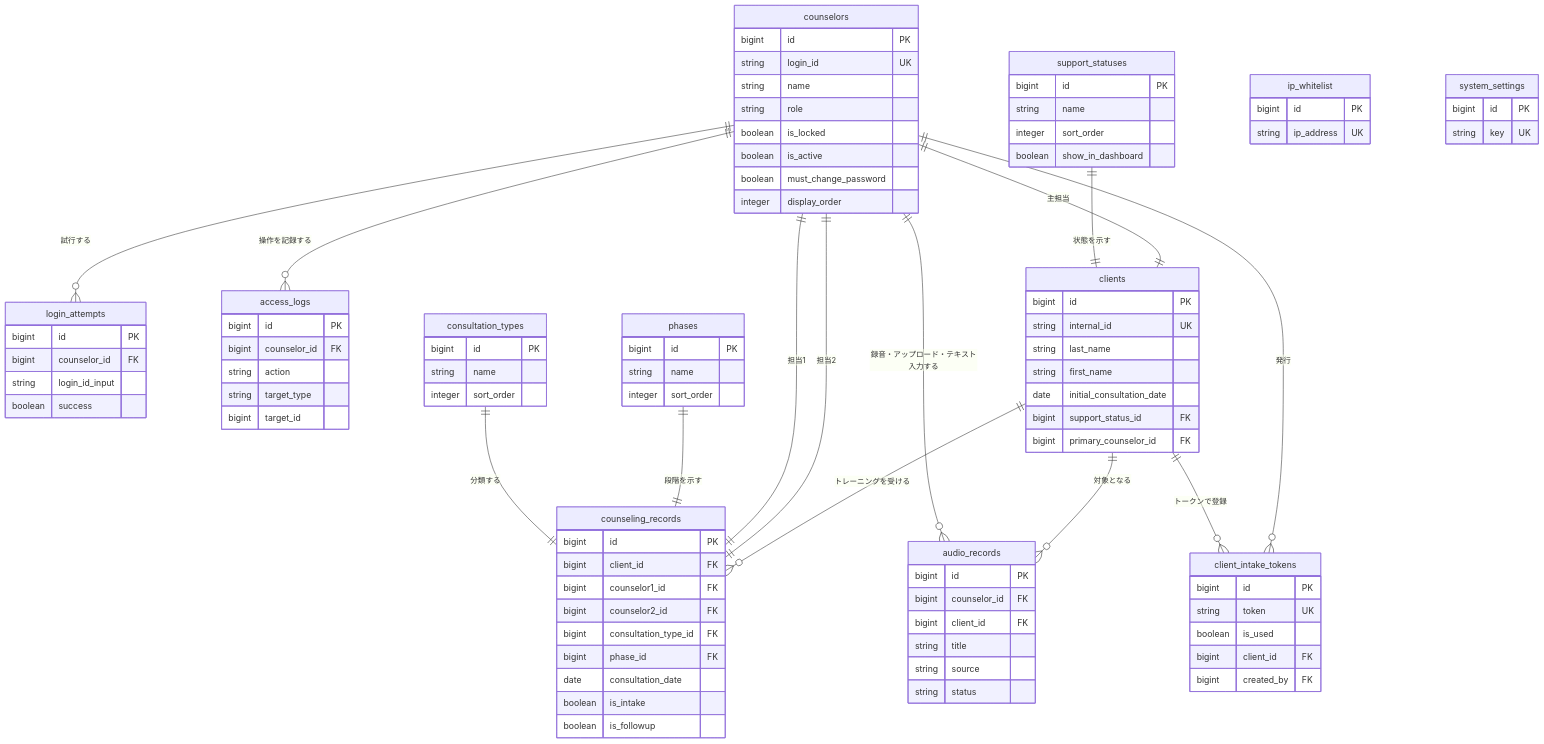
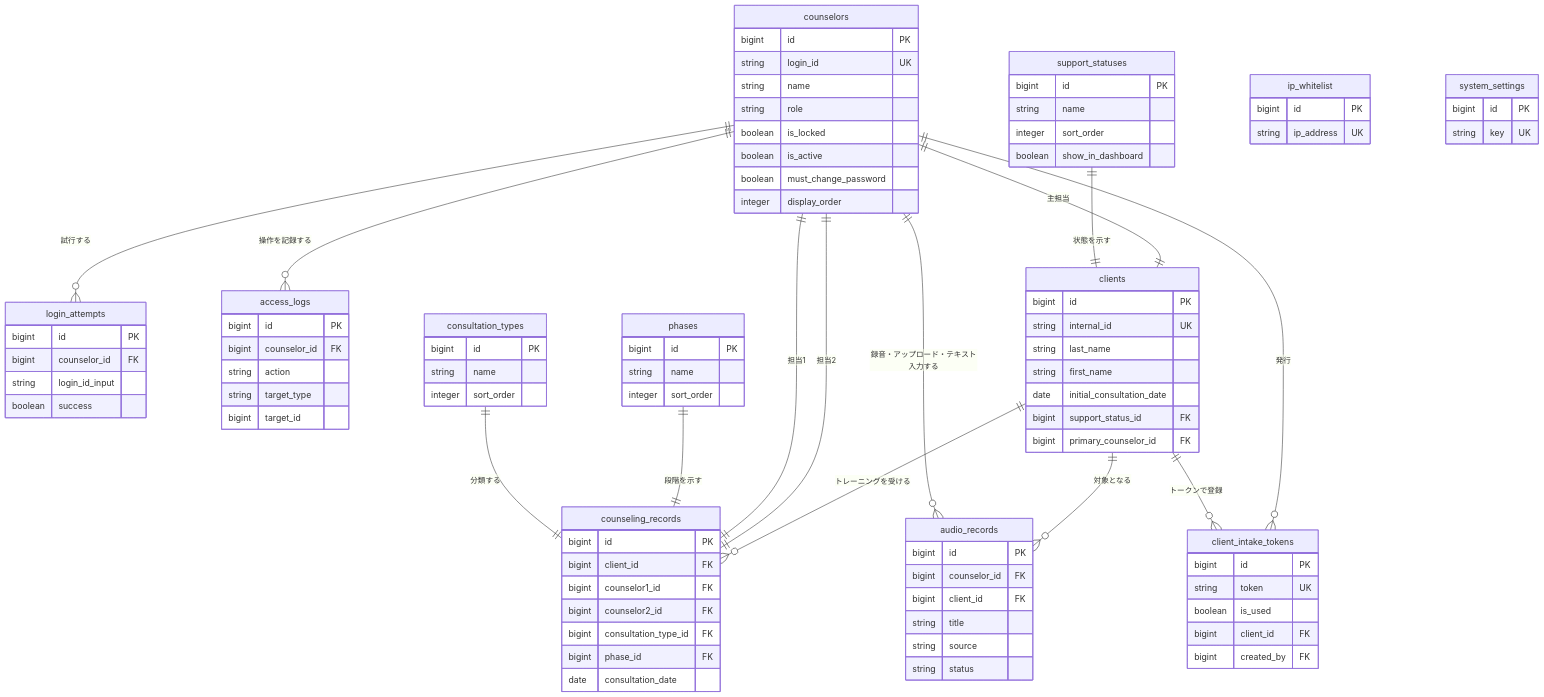
One commit to y-ouchi-inmylife/training-record-system changed the diagram in docs/db-schema.md. Above: the diagram before and after it, drawn with Mermaid. The commit also changed other lines of this file and 10 other files, not shown here.

```diff
--- a/docs/db-schema.md
+++ b/docs/db-schema.md
@@ -90,8 +90,6 @@
         bigint consultation_type_id FK
         bigint phase_id FK
         date consultation_date
-        boolean is_intake
-        boolean is_followup
     }
 
     consultation_types {
```
